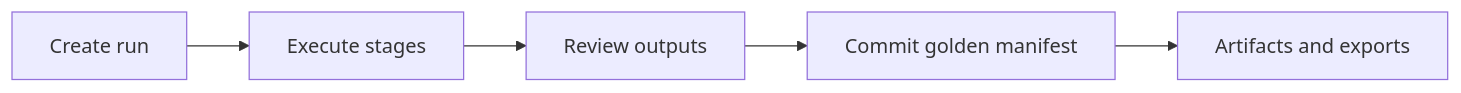
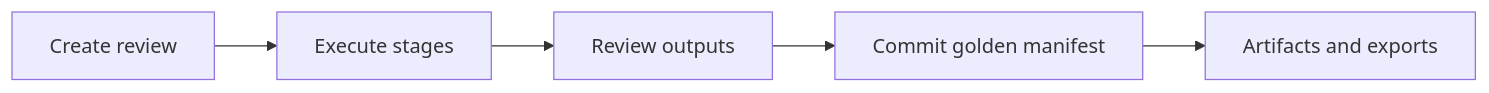
Before and after one commit to joefrancisGA/ArchLucid: the diagram in docs/library/CANONICAL_PIPELINE.md, drawn with Mermaid. The commit also changed other lines of this file and 33 other files, not shown here.

````diff
--- a/docs/library/CANONICAL_PIPELINE.md
+++ b/docs/library/CANONICAL_PIPELINE.md
@@ -15,7 +15,7 @@
 ```mermaid
 flowchart LR
-  A[Create run] --> B[Execute stages]
+  A[Create review] --> B[Execute stages]
   B --> C[Review outputs]
   C --> D[Commit golden manifest]
   D --> E[Artifacts and exports]
 ```
````
